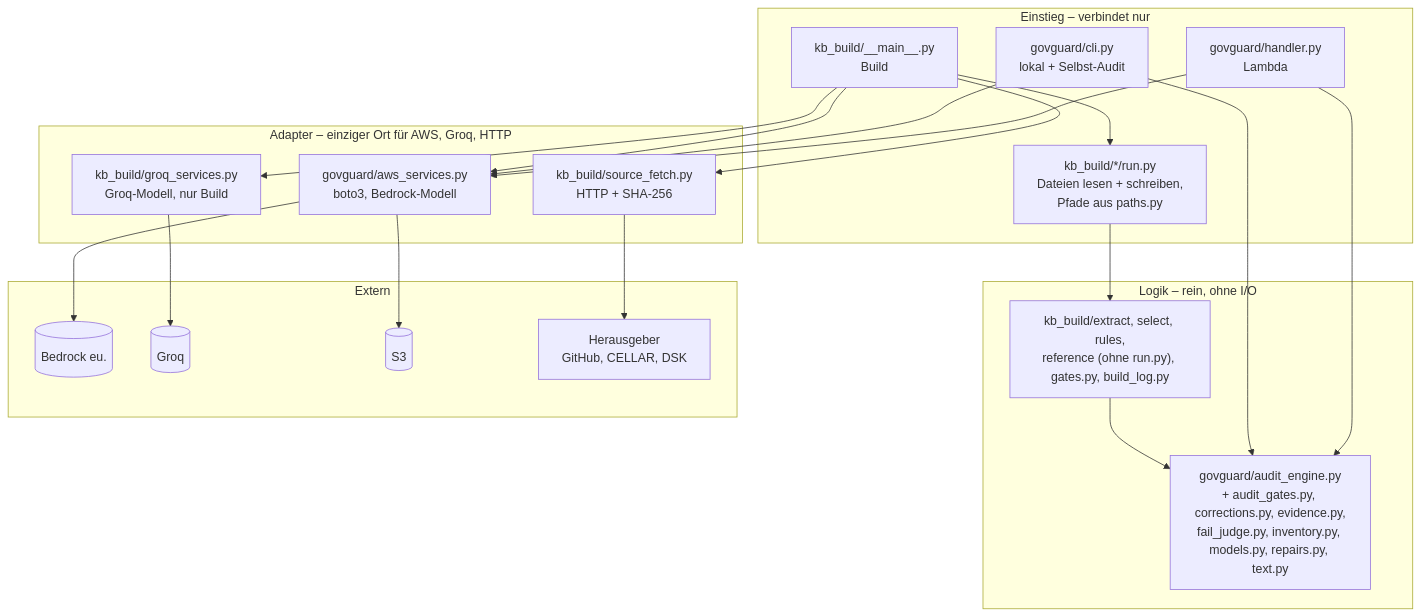
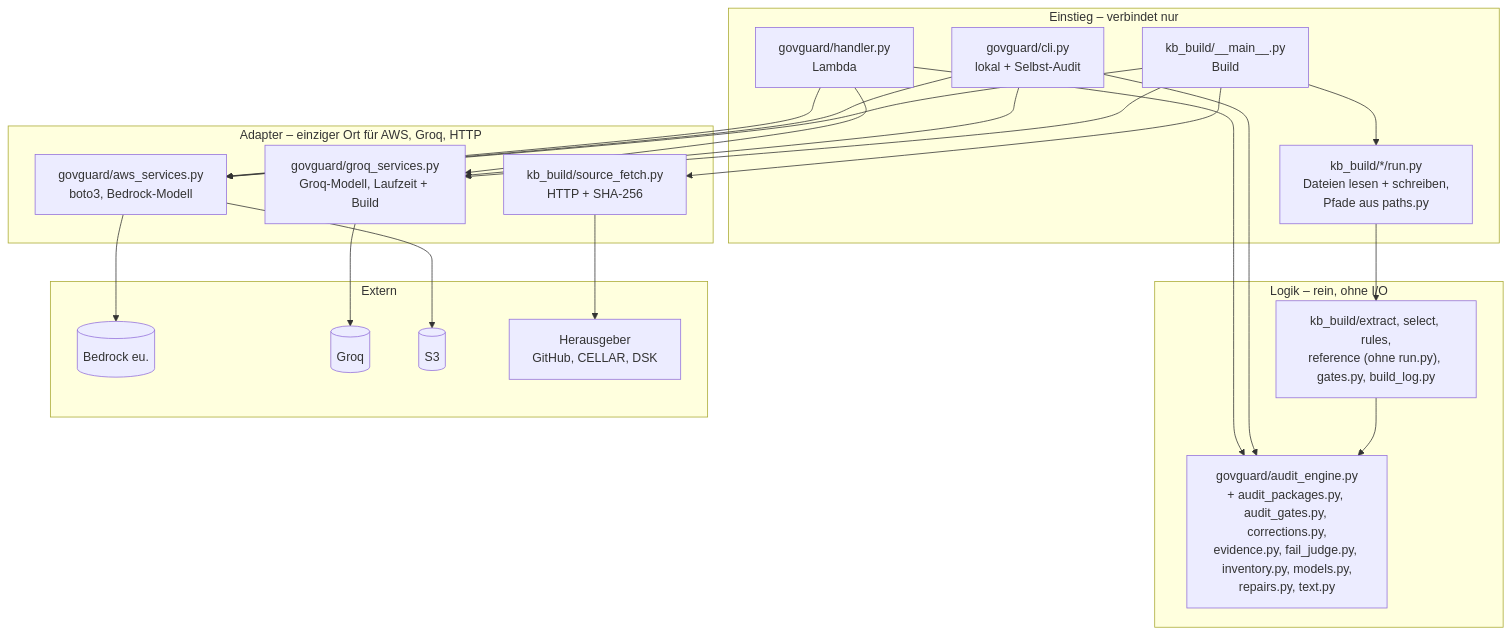
The fourth of 4 diagrams in docs/ARCHITECTURE.md (Daniel74/GovGuard), drawn with Mermaid before and after one commit. The commit also changed other lines of this file and 16 other files, not shown here.

Commit message:
#35 Laufzeit: Groq-Adapter, Provider und Fortschritt - missing implementation files

````diff
--- a/docs/ARCHITECTURE.md
+++ b/docs/ARCHITECTURE.md
@@ -234,32 +234,32 @@
 ```mermaid
 flowchart TB
   subgraph E["Einstieg – verbindet nur"]
     H["govguard/handler.py<br/>Lambda"]
     C["govguard/cli.py<br/>lokal + Selbst-Audit"]
     M["kb_build/__main__.py<br/>Build"]
     R["kb_build/*/run.py<br/>Dateien lesen + schreiben,<br/>Pfade aus paths.py"]
   end
   subgraph L["Logik – rein, ohne I/O"]
-    AE["govguard/audit_engine.py<br/>+ audit_gates.py, corrections.py, evidence.py,<br/>fail_judge.py, inventory.py, models.py, repairs.py, text.py"]
+    AE["govguard/audit_engine.py<br/>+ audit_packages.py, audit_gates.py, corrections.py,<br/>evidence.py, fail_judge.py, inventory.py, models.py,<br/>repairs.py, text.py"]
     KB["kb_build/extract, select, rules,<br/>reference (ohne run.py), gates.py, build_log.py"]
   end
   subgraph A["Adapter – einziger Ort für AWS, Groq, HTTP"]
     AWS["govguard/aws_services.py<br/>boto3, Bedrock-Modell"]
-    GQ["kb_build/groq_services.py<br/>Groq-Modell, nur Build"]
+    GQ["govguard/groq_services.py<br/>Groq-Modell, Laufzeit + Build"]
     FE["kb_build/source_fetch.py<br/>HTTP + SHA-256"]
   end
   subgraph X["Extern"]
     B[("Bedrock eu.")]
     G[("Groq")]
     S3[("S3")]
     HG["Herausgeber<br/>GitHub, CELLAR, DSK"]
   end
   H & C --> AE
-  H & C --> AWS
+  H & C --> AWS & GQ
   M --> R --> KB
   M --> AWS & GQ & FE
   KB --> AE
   AWS --> B & S3
   GQ --> G
   FE --> HG
 ```
````
